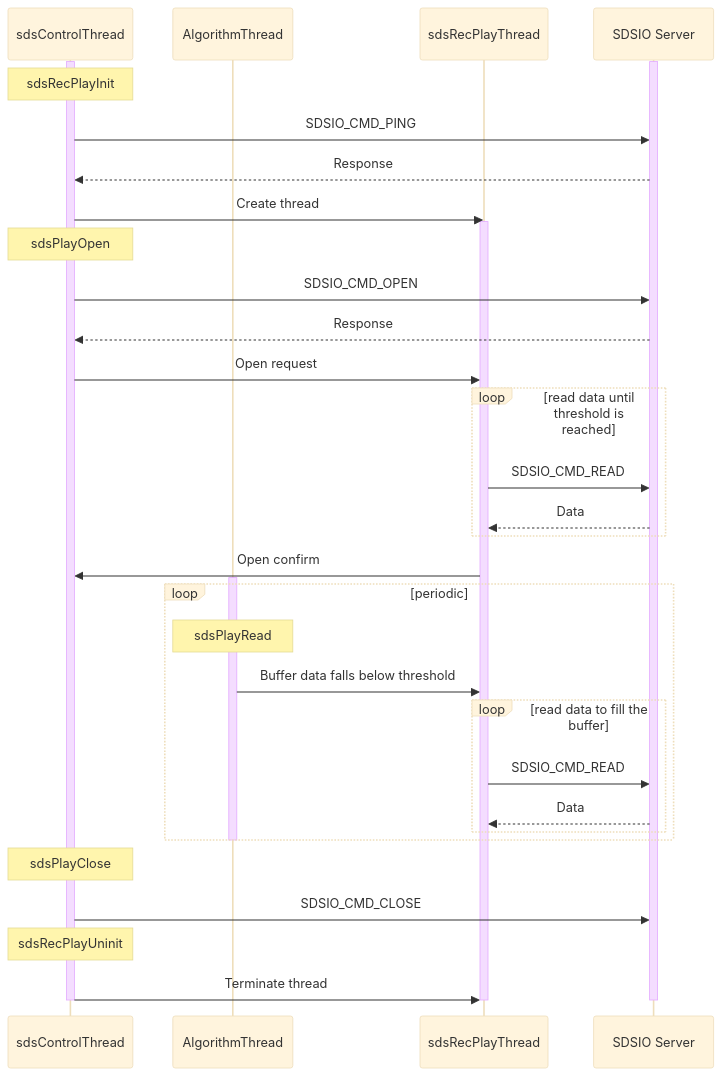
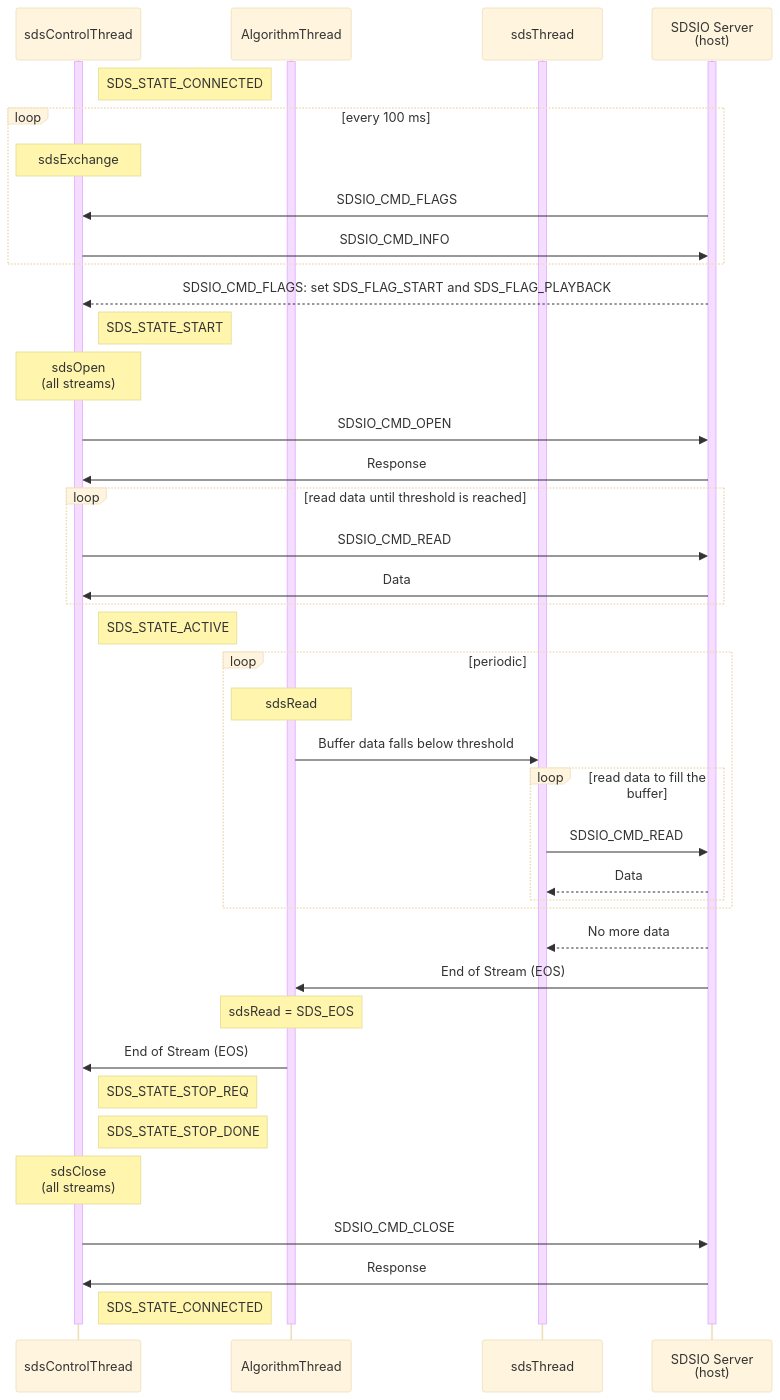
One commit to ARM-software/SDS-Framework changed the fifth of 5 diagrams in documentation/theory.md. Above: the diagram before and after it, drawn with Mermaid (base theme). The commit also changed other lines of this file and 154 other files, not shown here.

````diff
--- a/documentation/theory.md
+++ b/documentation/theory.md
@@ -420,48 +636,61 @@
 ```mermaid
 sequenceDiagram
     participant sdsControlThread
     activate sdsControlThread
+    participant AlgorithmThread
+    activate AlgorithmThread
+    participant SDSIO as sdsThread
+    activate SDSIO
+    participant Server as SDSIO Server<br/>(host)
+    activate Server
 
-    participant AlgorithmThread
-    participant Playback as sdsRecPlayThread
-    participant Server as SDSIO Server
+    Note right of sdsControlThread: SDS_STATE_CONNECTED 
 
-    activate Server
-    Note over sdsControlThread: sdsRecPlayInit
-    sdsControlThread->>Server: SDSIO_CMD_PING
-    Server-->>sdsControlThread: Response
+    loop every 100 ms
+      Note over sdsControlThread: sdsExchange
+      Server->>sdsControlThread: SDSIO_CMD_FLAGS
+      sdsControlThread->>Server: SDSIO_CMD_INFO
+    end
 
-    sdsControlThread->>Playback: Create thread
-    activate Playback
+    Server-->>sdsControlThread: SDSIO_CMD_FLAGS: set SDS_FLAG_START and SDS_FLAG_PLAYBACK
+    Note right of sdsControlThread: SDS_STATE_START
 
-    Note over sdsControlThread: sdsPlayOpen
+    Note over sdsControlThread: sdsOpen<br/>(all streams)
     sdsControlThread->>Server: SDSIO_CMD_OPEN
-    Server-->>sdsControlThread: Response
-    sdsControlThread->>Playback: Open request
+    Server->>sdsControlThread: Response
+
     loop read data until threshold is reached
-        Playback->>Server: SDSIO_CMD_READ
-        Server-->>Playback: Data
+        sdsControlThread->>Server: SDSIO_CMD_READ
+        Server->>sdsControlThread: Data
     end
-    Playback->>sdsControlThread: Open confirm
+  
+    Note right of sdsControlThread: SDS_STATE_ACTIVE
 
-    activate AlgorithmThread
     loop periodic
-        Note over AlgorithmThread: sdsPlayRead
-        AlgorithmThread->>Playback: Buffer data falls below threshold
+        Note over AlgorithmThread: sdsRead
+        AlgorithmThread->>SDSIO: Buffer data falls below threshold
         loop read data to fill the buffer
-            Playback->>Server: SDSIO_CMD_READ
-            Server-->>Playback: Data
+            SDSIO->>Server: SDSIO_CMD_READ
+            Server-->>SDSIO: Data
         end
     end
+
+    Server-->>SDSIO: No more data
+
+    Server->>AlgorithmThread: End of Stream (EOS)
+    Note over AlgorithmThread: sdsRead = SDS_EOS
+
+    AlgorithmThread->>sdsControlThread: End of Stream (EOS)
+    Note right of sdsControlThread: SDS_STATE_STOP_REQ
+    Note right of sdsControlThread: SDS_STATE_STOP_DONE
+
+    Note over sdsControlThread: sdsClose<br/>(all streams)
+    sdsControlThread->>Server: SDSIO_CMD_CLOSE
+    Server->>sdsControlThread: Response
+    Note right of sdsControlThread: SDS_STATE_CONNECTED
+
+    deactivate sdsControlThread
     deactivate AlgorithmThread
-
-    Note over sdsControlThread: sdsPlayClose
-    sdsControlThread->>Server: SDSIO_CMD_CLOSE
-
-    Note over sdsControlThread: sdsRecPlayUninit
-    sdsControlThread->>Playback: Terminate thread
-    deactivate Playback
-
+    deactivate SDSIO
     deactivate Server
-    deactivate sdsControlThread
 ```
````
